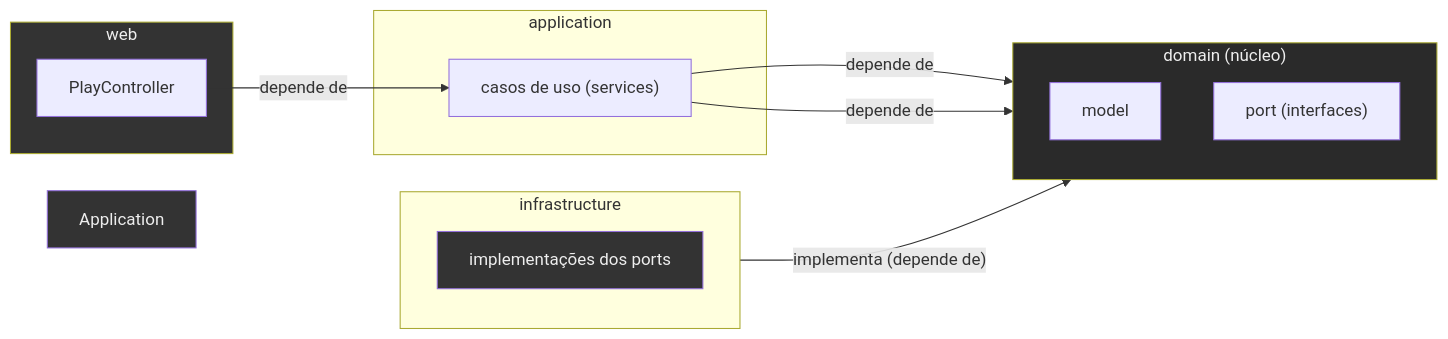
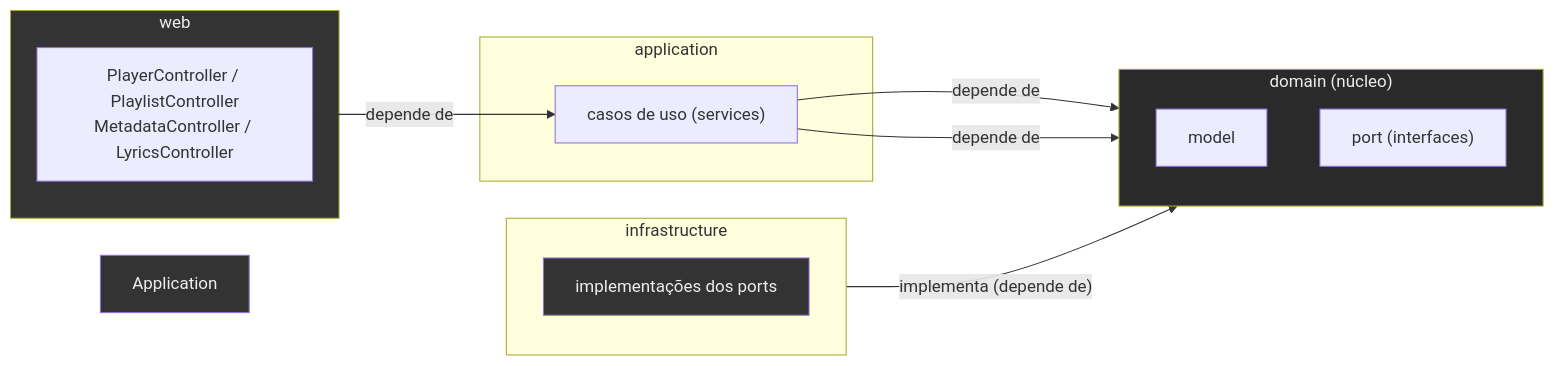
One commit to jpontesmartins/mp3-player changed the second of 7 diagrams in docs/architecture.md. Above: the diagram before and after it, drawn with Mermaid. The commit also changed other lines of this file and 10 other files, not shown here.

````diff
--- a/docs/architecture.md
+++ b/docs/architecture.md
@@ -73,30 +82,30 @@
 ```mermaid
 flowchart LR
     subgraph Center["domain (núcleo)"]
         direction TB
         Model["model"]
         Ports["port (interfaces)"]
     end
 
     subgraph App["application"]
         Svc["casos de uso (services)"]
     end
 
     subgraph Infra["infrastructure"]
         Impl["implementações dos ports"]
     end
 
     subgraph Web["web"]
-        Ctrl["PlayController"]
+        Ctrl["PlayerController / PlaylistController<br/>MetadataController / LyricsController"]
     end
 
     Ctrl -->|depende de| Svc
     Svc -->|depende de| Ports
     Svc -->|depende de| Model
     Infra -->|"implementa (depende de)"| Ports
 
     style Impl fill:#333,color:#eee
     style Center fill:#2a2a2a,color:#eee
     style Application fill:#333,color:#eee
     style Web fill:#333,color:#eee
 ```
````
